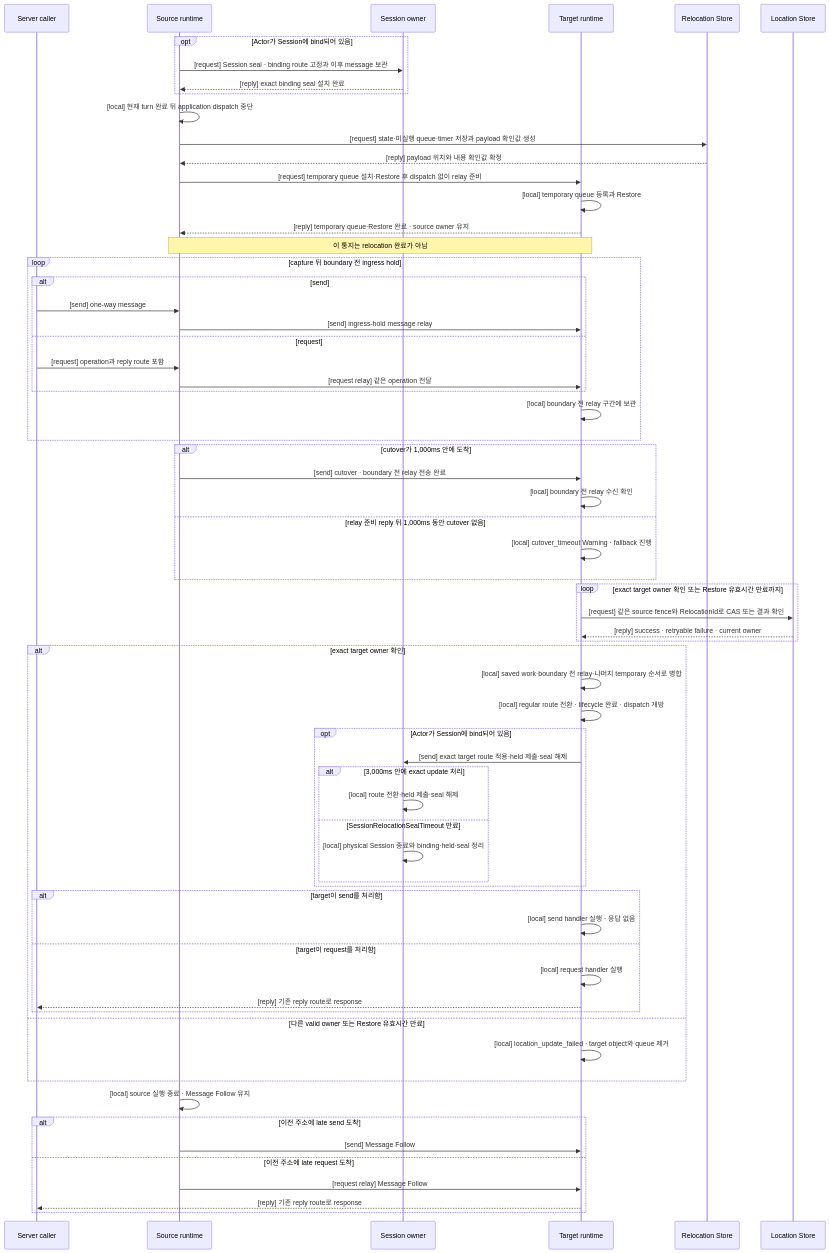
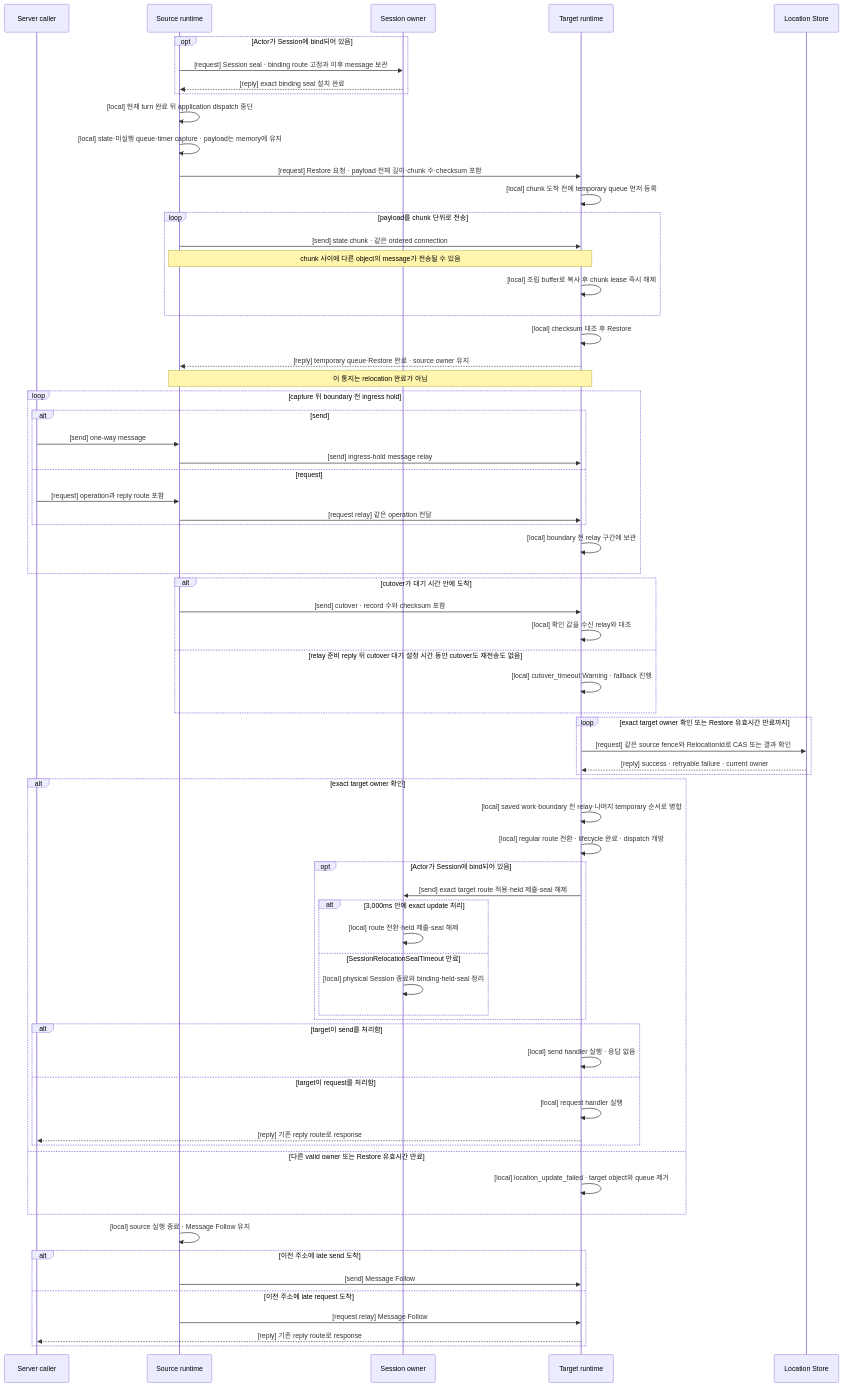
The diagram in framework/doc/framework/common/spec/server/28-relocation-flow.ko.md (zlink-systems/zlink), drawn with Mermaid before and after one commit. The commit also changed other lines of this file and 145 other files, not shown here.

````diff
--- a/framework/doc/framework/common/spec/server/28-relocation-flow.ko.md
+++ b/framework/doc/framework/common/spec/server/28-relocation-flow.ko.md
@@ -249,68 +303,72 @@
 ```mermaid
 sequenceDiagram
     participant C as Server caller
     participant A as Source runtime
     participant S as Session owner
     participant B as Target runtime
-    participant R as Relocation Store
     participant L as Location Store
 
     opt Actor가 Session에 bind되어 있음
         A->>S: [request] Session seal · binding route 고정과 이후 message 보관
         S-->>A: [reply] exact binding seal 설치 완료
     end
     A->>A: [local] 현재 turn 완료 뒤 application dispatch 중단
-    A->>R: [request] state·미실행 queue·timer 저장과 payload 확인값 생성
-    R-->>A: [reply] payload 위치와 내용 확인값 확정
-    A->>B: [request] temporary queue 설치·Restore 후 dispatch 없이 relay 준비
-    B->>B: [local] temporary queue 등록과 Restore
+    A->>A: [local] state·미실행 queue·timer capture · payload는 memory에 유지
+    A->>B: [request] Restore 요청 · payload 전체 길이·chunk 수·checksum 포함
+    B->>B: [local] chunk 도착 전에 temporary queue 먼저 등록
+    loop payload를 chunk 단위로 전송
+        A->>B: [send] state chunk · 같은 ordered connection
+        Note over A,B: chunk 사이에 다른 object의 message가 전송될 수 있음
+        B->>B: [local] 조립 buffer로 복사 후 chunk lease 즉시 해제
+    end
+    B->>B: [local] checksum 대조 후 Restore
     B-->>A: [reply] temporary queue·Restore 완료 · source owner 유지
     Note over A,B: 이 통지는 relocation 완료가 아님
     loop capture 뒤 boundary 전 ingress hold
         alt send
             C->>A: [send] one-way message
             A->>B: [send] ingress-hold message relay
         else request
             C->>A: [request] operation과 reply route 포함
             A->>B: [request relay] 같은 operation 전달
         end
         B->>B: [local] boundary 전 relay 구간에 보관
     end
-    alt cutover가 1,000ms 안에 도착
-        A->>B: [send] cutover · boundary 전 relay 전송 완료
-        B->>B: [local] boundary 전 relay 수신 확인
-    else relay 준비 reply 뒤 1,000ms 동안 cutover 없음
+    alt cutover가 대기 시간 안에 도착
+        A->>B: [send] cutover · record 수와 checksum 포함
+        B->>B: [local] 확인 값을 수신 relay와 대조
+    else relay 준비 reply 뒤 cutover 대기 설정 시간 동안 cutover도 재전송도 없음
         B->>B: [local] cutover_timeout Warning · fallback 진행
     end
     loop exact target owner 확인 또는 Restore 유효시간 만료까지
         B->>L: [request] 같은 source fence와 RelocationId로 CAS 또는 결과 확인
         L-->>B: [reply] success · retryable failure · current owner
     end
     alt exact target owner 확인
         B->>B: [local] saved work·boundary 전 relay·나머지 temporary 순서로 병합
         B->>B: [local] regular route 전환 · lifecycle 완료 · dispatch 개방
         opt Actor가 Session에 bind되어 있음
             B->>S: [send] exact target route 적용·held 제출·seal 해제
             alt 3,000ms 안에 exact update 처리
                 S->>S: [local] route 전환·held 제출·seal 해제
             else SessionRelocationSealTimeout 만료
                 S->>S: [local] physical Session 종료와 binding·held·seal 정리
             end
         end
         alt target이 send를 처리함
             B->>B: [local] send handler 실행 · 응답 없음
         else target이 request를 처리함
             B->>B: [local] request handler 실행
             B-->>C: [reply] 기존 reply route로 response
         end
     else 다른 valid owner 또는 Restore 유효시간 만료
         B->>B: [local] location_update_failed · target object와 queue 제거
     end
     A->>A: [local] source 실행 종료 · Message Follow 유지
     alt 이전 주소에 late send 도착
         A->>B: [send] Message Follow
     else 이전 주소에 late request 도착
         A->>B: [request relay] Message Follow
         B-->>C: [reply] 기존 reply route로 response
     end
 ```
````
